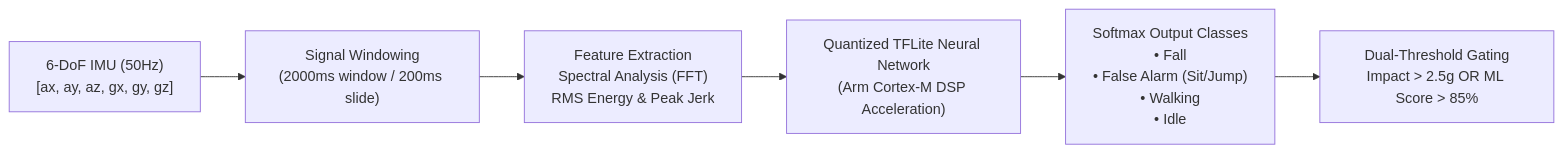
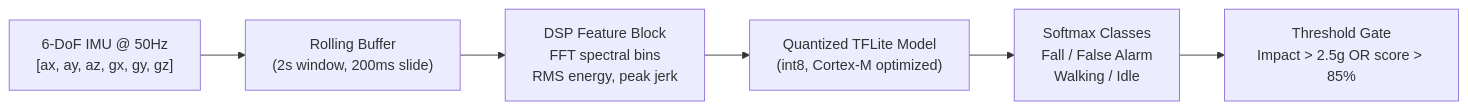
Before and after one commit to Trip64/RadarBasedFallDetect-RANGER: the first of 3 diagrams in README.md, drawn with Mermaid. The commit also changed other lines of this file, not shown here.

````diff
--- a/README.md
+++ b/README.md
@@ -25,8 +25,8 @@
 ```mermaid
 flowchart LR
-    A["6-DoF IMU (50Hz)<br/>[ax, ay, az, gx, gy, gz]"] --> B["Signal Windowing<br/>(2000ms window / 200ms slide)"]
-    B --> C["Feature Extraction<br/>Spectral Analysis (FFT)<br/>RMS Energy & Peak Jerk"]
-    C --> D["Quantized TFLite Neural Network<br/>(Arm Cortex-M DSP Acceleration)"]
-    D --> E["Softmax Output Classes<br/>• Fall<br/>• False Alarm (Sit/Jump)<br/>• Walking<br/>• Idle"]
-    E --> F["Dual-Threshold Gating<br/>Impact > 2.5g OR ML Score > 85%"]
+    A["6-DoF IMU @ 50Hz<br/>[ax, ay, az, gx, gy, gz]"] --> B["Rolling Buffer<br/>(2s window, 200ms slide)"]
+    B --> C["DSP Feature Block<br/>FFT spectral bins<br/>RMS energy, peak jerk"]
+    C --> D["Quantized TFLite Model<br/>(int8, Cortex-M optimized)"]
+    D --> E["Softmax Classes<br/>Fall / False Alarm<br/>Walking / Idle"]
+    E --> F["Threshold Gate<br/>Impact > 2.5g OR score > 85%"]
 ```
````
